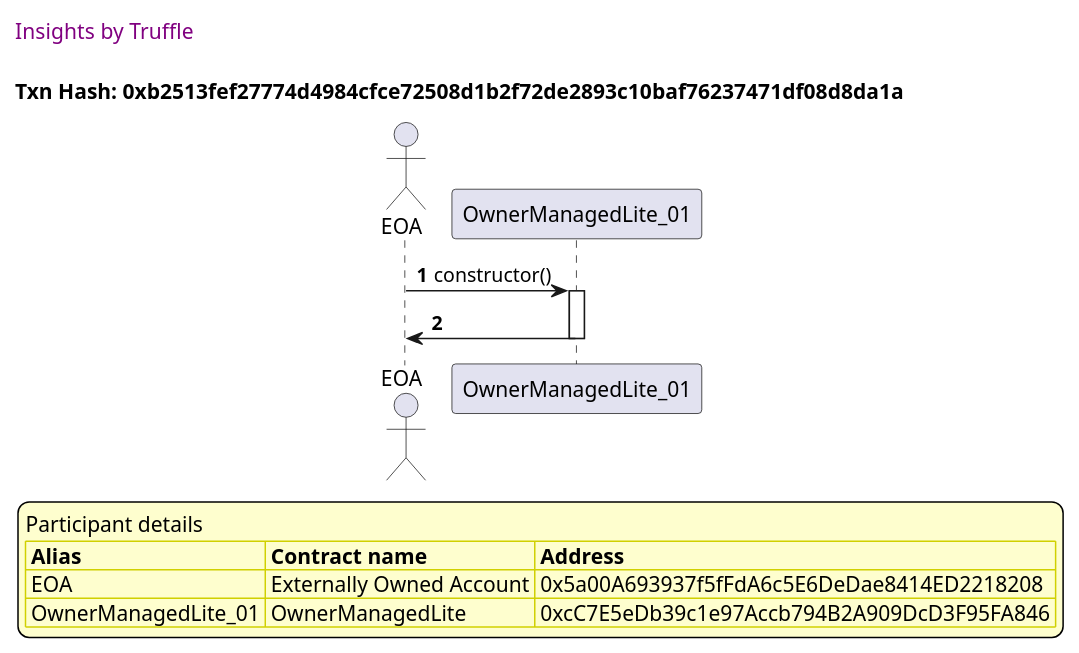
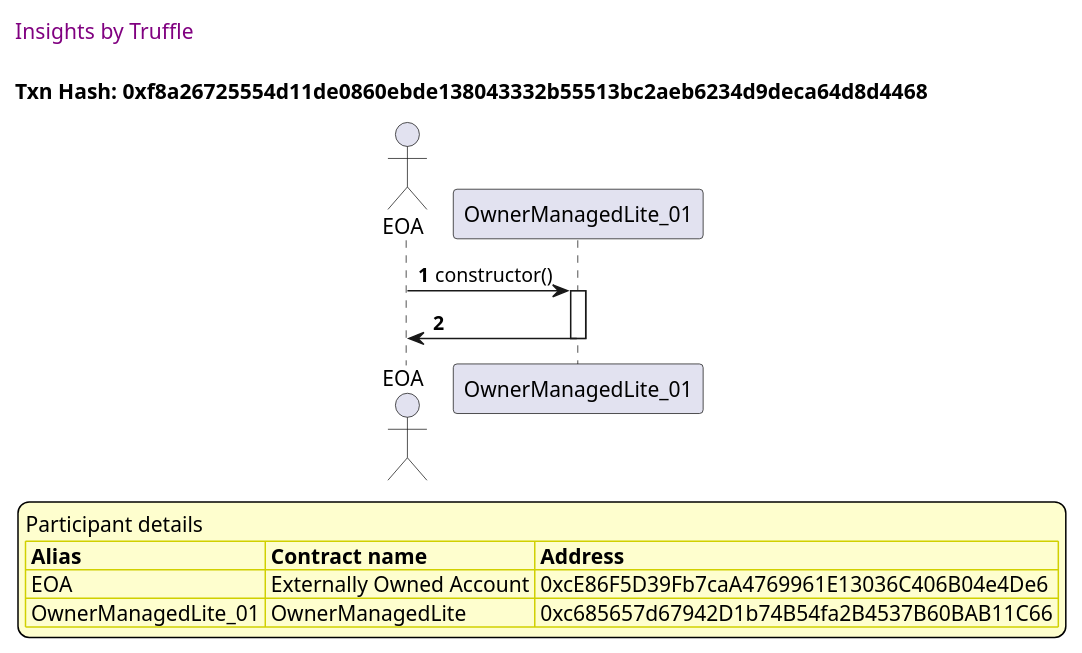
Before and after one commit to thedarkjester/ConsensysAssignment: diagram 14 of 28 in truffle-seq/OwnerManagedLite_test_required_owners_amount.md, drawn with PlantUML. The commit also changed other lines of this file and 13 other files, not shown here.

````diff
--- a/truffle-seq/OwnerManagedLite_test_required_owners_amount.md
+++ b/truffle-seq/OwnerManagedLite_test_required_owners_amount.md
@@ -656,37 +640,37 @@
 ```plantuml
 
 
 @startuml
 
 autonumber
 skinparam legendBackgroundColor #FEFECE
 
 <style>
       header {
         HorizontalAlignment left
         FontColor purple
         FontSize 14
         Padding 10
       }
     </style>
 
 header Insights by Truffle
 
-title Txn Hash: 0xb2513fef27774d4984cfce72508d1b2f72de2893c10baf76237471df08d8da1a
+title Txn Hash: 0xf8a26725554d11de0860ebde138043332b55513bc2aeb6234d9deca64d8d4468
 
 
 actor EOA as "EOA"
 participant OwnerManagedLite_01 as "OwnerManagedLite_01"
 
 "EOA" -> "OwnerManagedLite_01" ++: constructor()
 "OwnerManagedLite_01" -> "EOA" --: 
 
 legend
 Participant details
 <#FEFECE,#D0D000>|= Alias |= Contract name |= Address |
-<#FEFECE>| EOA | Externally Owned Account | 0x5a00A693937f5fFdA6c5E6DeDae8414ED2218208 |
-<#FEFECE>| OwnerManagedLite_01 | OwnerManagedLite | 0xcC7E5eDb39c1e97Accb794B2A909DcD3F95FA846 |
+<#FEFECE>| EOA | Externally Owned Account | 0xcE86F5D39Fb7caA4769961E13036C406B04e4De6 |
+<#FEFECE>| OwnerManagedLite_01 | OwnerManagedLite | 0xc685657d67942D1b74B54fa2B4537B60BAB11C66 |
 endlegend
 
 @enduml
 ```
````
